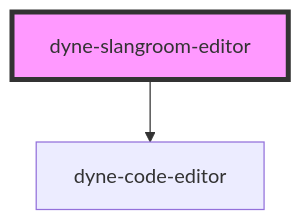
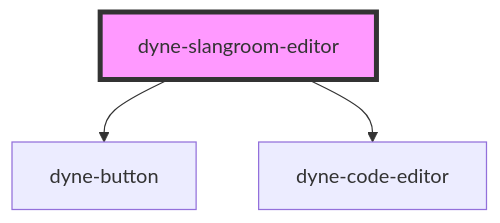
The diagram in src/components/dyne-slangroom-editor/readme.md (dyne/components), drawn with Mermaid before and after one commit. The commit also changed other lines of this file and 10 other files, not shown here.

````diff
--- a/src/components/dyne-slangroom-editor/readme.md
+++ b/src/components/dyne-slangroom-editor/readme.md
@@ -36,5 +46,6 @@
 ```mermaid
 graph TD;
+  dyne-slangroom-editor --> dyne-button
   dyne-slangroom-editor --> dyne-code-editor
   style dyne-slangroom-editor fill:#f9f,stroke:#333,stroke-width:4px
 ```
````
